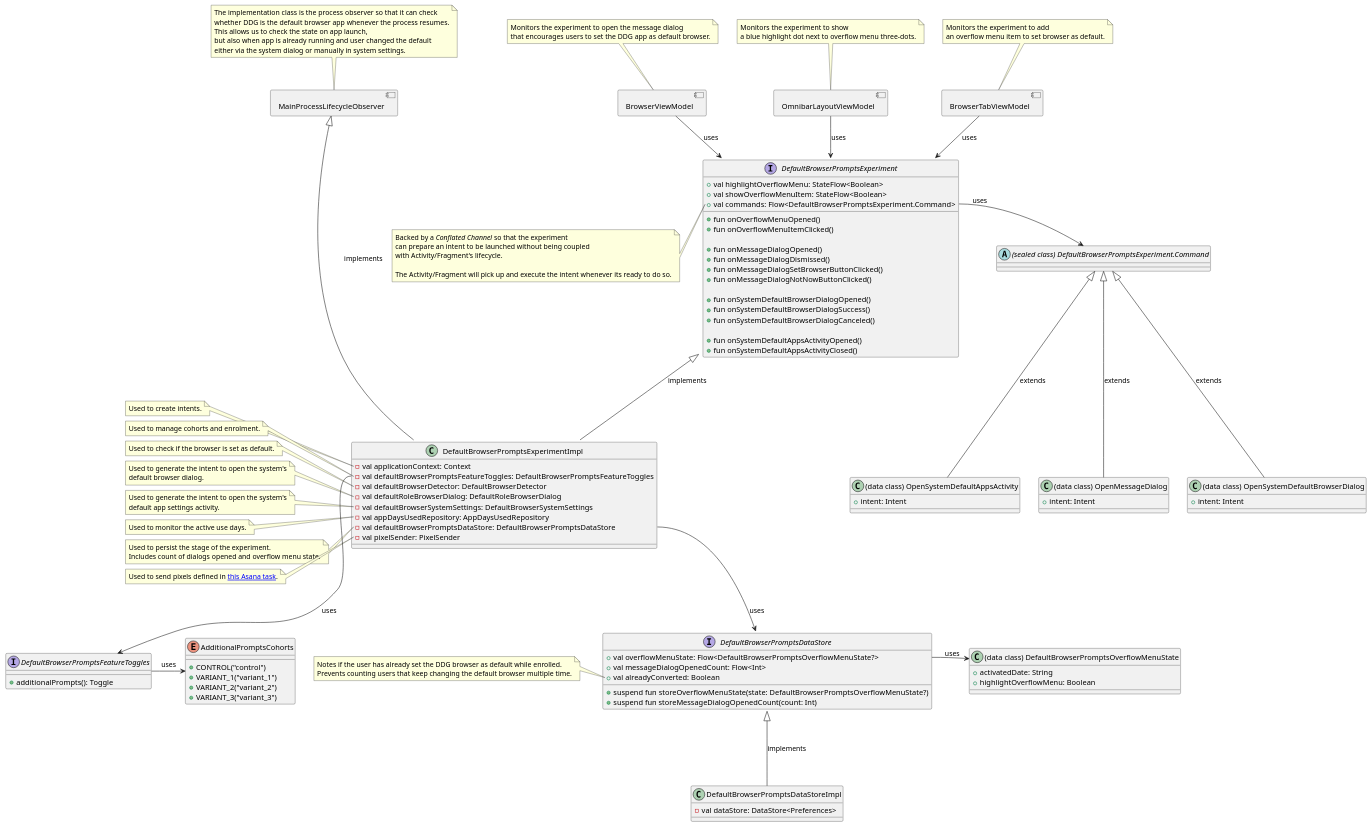
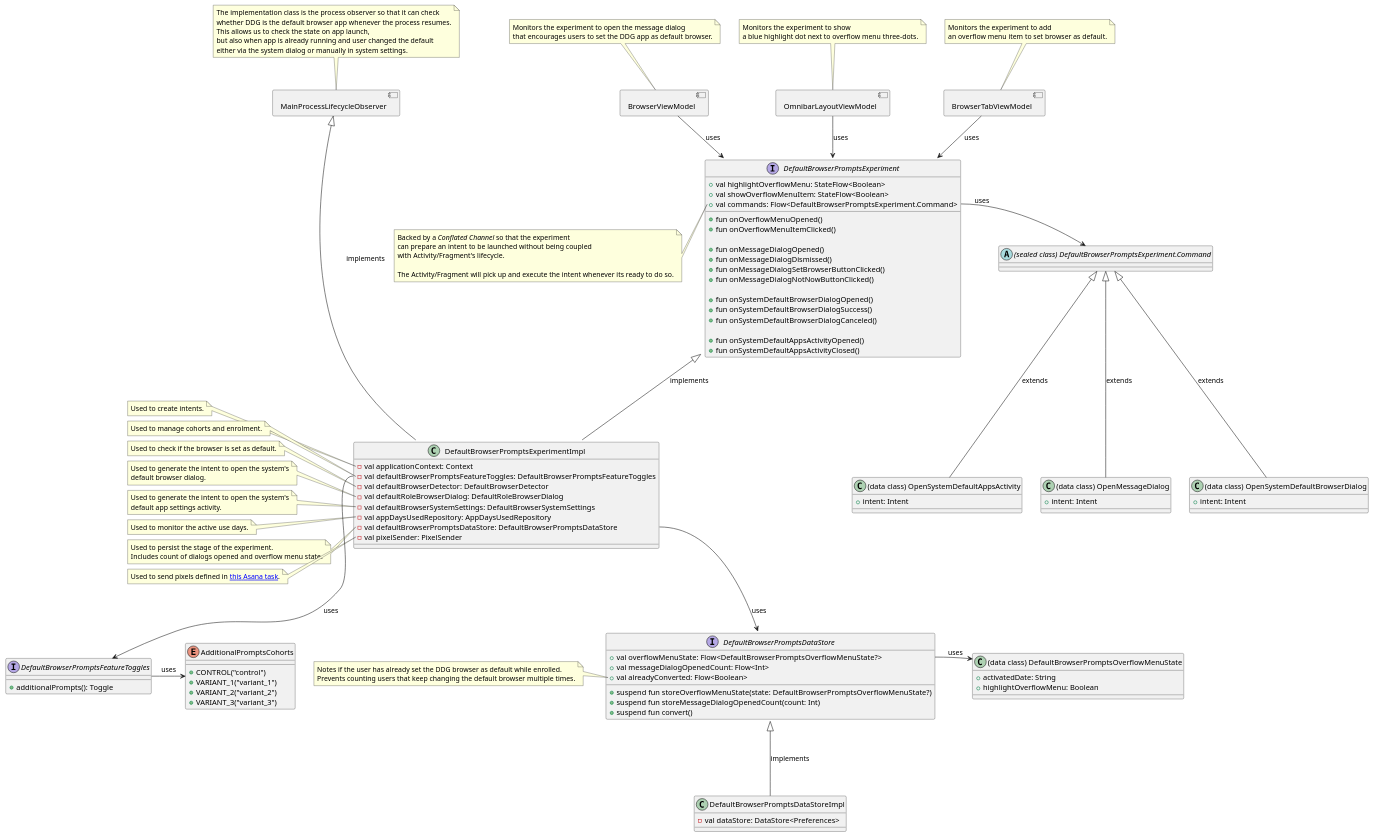
Before and after one commit to duckduckgo/Android: the diagram in app/src/main/java/com/duckduckgo/app/browser/defaultbrowsing/prompts/default_browser_prompts_experiment_class_diagram.puml, drawn with PlantUML. The commit also changed 3 other files, not shown here.

```diff
--- a/app/src/main/java/com/duckduckgo/app/browser/defaultbrowsing/prompts/default_browser_prompts_experiment_class_diagram.puml
+++ b/app/src/main/java/com/duckduckgo/app/browser/defaultbrowsing/prompts/default_browser_prompts_experiment_class_diagram.puml
@@ -1,177 +1,178 @@
 @startuml
 allowmixing
 
 component MainProcessLifecycleObserver
 note top of MainProcessLifecycleObserver
   The implementation class is the process observer so that it can check
   whether DDG is the default browser app whenever the process resumes.
   This allows us to check the state on app launch,
   but also when app is already running and user changed the default
   either via the system dialog or manually in system settings.
 end note
 
 abstract class DefaultBrowserPromptsExperimentCommand as "(sealed class) DefaultBrowserPromptsExperiment.Command"
 
 class OpenMessageDialog as "(data class) OpenMessageDialog" {
   + intent: Intent
 }
 
 class OpenSystemDefaultBrowserDialog as "(data class) OpenSystemDefaultBrowserDialog" {
   + intent: Intent
 }
 
 class OpenSystemDefaultAppsActivity as "(data class) OpenSystemDefaultAppsActivity" {
   + intent: Intent
 }
 
 DefaultBrowserPromptsExperimentCommand <|-- OpenMessageDialog : extends
 DefaultBrowserPromptsExperimentCommand <|-- OpenSystemDefaultBrowserDialog : extends
 DefaultBrowserPromptsExperimentCommand <|-- OpenSystemDefaultAppsActivity : extends
 
 interface DefaultBrowserPromptsExperiment {
   + val highlightOverflowMenu: StateFlow<Boolean>
   + val showOverflowMenuItem: StateFlow<Boolean>
   + val commands: Flow<DefaultBrowserPromptsExperiment.Command>
 
   + fun onOverflowMenuOpened()
   + fun onOverflowMenuItemClicked()
 
   + fun onMessageDialogOpened()
   + fun onMessageDialogDismissed()
   + fun onMessageDialogSetBrowserButtonClicked()
   + fun onMessageDialogNotNowButtonClicked()
 
   + fun onSystemDefaultBrowserDialogOpened()
   + fun onSystemDefaultBrowserDialogSuccess()
   + fun onSystemDefaultBrowserDialogCanceled()
 
   + fun onSystemDefaultAppsActivityOpened()
   + fun onSystemDefaultAppsActivityClosed()
 }
 
 DefaultBrowserPromptsExperiment::commands -> DefaultBrowserPromptsExperimentCommand : uses
 
 note left of DefaultBrowserPromptsExperiment::commands
   Backed by a //Conflated Channel// so that the experiment
   can prepare an intent to be launched without being coupled
   with Activity/Fragment's lifecycle.
 
   The Activity/Fragment will pick up and execute the intent whenever its ready to do so.
 end note
 
 class DefaultBrowserPromptsOverflowMenuState as "(data class) DefaultBrowserPromptsOverflowMenuState" {
   + activatedDate: String
   + highlightOverflowMenu: Boolean
 }
 
 enum AdditionalPromptsCohorts {
   + CONTROL("control")
   + VARIANT_1("variant_1")
   + VARIANT_2("variant_2")
   + VARIANT_3("variant_3")
 }
 
 interface DefaultBrowserPromptsFeatureToggles {
   + additionalPrompts(): Toggle
 }
 
 DefaultBrowserPromptsFeatureToggles -> AdditionalPromptsCohorts : uses
 
 interface DefaultBrowserPromptsDataStore {
   + val overflowMenuState: Flow<DefaultBrowserPromptsOverflowMenuState?>
   + val messageDialogOpenedCount: Flow<Int>
-  + val alreadyConverted: Boolean
+  + val alreadyConverted: Flow<Boolean>
 
   + suspend fun storeOverflowMenuState(state: DefaultBrowserPromptsOverflowMenuState?)
   + suspend fun storeMessageDialogOpenedCount(count: Int)
+  + suspend fun convert()
 }
 
 note left of DefaultBrowserPromptsDataStore::alreadyConverted
   Notes if the user has already set the DDG browser as default while enrolled.
-  Prevents counting users that keep changing the default browser multiple time.
+  Prevents counting users that keep changing the default browser multiple times.
 end note
 
 DefaultBrowserPromptsDataStore::overflowMenuState -> DefaultBrowserPromptsOverflowMenuState : uses
 
 class DefaultBrowserPromptsDataStoreImpl {
   - val dataStore: DataStore<Preferences>
 }
 
 DefaultBrowserPromptsDataStore <|--- DefaultBrowserPromptsDataStoreImpl : implements
 
 class DefaultBrowserPromptsExperimentImpl {
   - val applicationContext: Context
   - val defaultBrowserPromptsFeatureToggles: DefaultBrowserPromptsFeatureToggles
   - val defaultBrowserDetector: DefaultBrowserDetector
   - val defaultRoleBrowserDialog: DefaultRoleBrowserDialog
   - val defaultBrowserSystemSettings: DefaultBrowserSystemSettings
   - val appDaysUsedRepository: AppDaysUsedRepository
   - val defaultBrowserPromptsDataStore: DefaultBrowserPromptsDataStore
   - val pixelSender: PixelSender
 }
 
 MainProcessLifecycleObserver <|--- DefaultBrowserPromptsExperimentImpl : implements
 
 DefaultBrowserPromptsExperiment <|-- DefaultBrowserPromptsExperimentImpl : implements
 
 DefaultBrowserPromptsExperimentImpl::defaultBrowserPromptsDataStore --> DefaultBrowserPromptsDataStore : uses
 
 DefaultBrowserPromptsExperimentImpl::defaultBrowserPromptsFeatureToggles --> DefaultBrowserPromptsFeatureToggles : uses
 
 note left of DefaultBrowserPromptsExperimentImpl::applicationContext
   Used to create intents.
 end note
 
 note left of DefaultBrowserPromptsExperimentImpl::defaultBrowserPromptsFeatureToggles
   Used to manage cohorts and enrolment.
 end note
 
 note left of DefaultBrowserPromptsExperimentImpl::defaultBrowserDetector
   Used to check if the browser is set as default.
 end note
 
 note left of DefaultBrowserPromptsExperimentImpl::defaultRoleBrowserDialog
   Used to generate the intent to open the system's
   default browser dialog.
 end note
 
 note left of DefaultBrowserPromptsExperimentImpl::defaultBrowserSystemSettings
   Used to generate the intent to open the system's
   default app settings activity.
 end note
 
 note left of DefaultBrowserPromptsExperimentImpl::appDaysUsedRepository
   Used to monitor the active use days.
 end note
 
 note left of DefaultBrowserPromptsExperimentImpl::defaultBrowserPromptsDataStore
   Used to persist the stage of the experiment.
   Includes count of dialogs opened and overflow menu state.
 end note
 
 note left of DefaultBrowserPromptsExperimentImpl::PixelSender
   Used to send pixels defined in [[https://app.asana.com/0/1208671518894266/1208774988133227/f this Asana task]].
 end note
 
 component BrowserViewModel
 BrowserViewModel --> DefaultBrowserPromptsExperiment : uses
 note top of BrowserViewModel
   Monitors the experiment to open the message dialog
   that encourages users to set the DDG app as default browser.
 end note
 
 component OmnibarLayoutViewModel
 OmnibarLayoutViewModel --> DefaultBrowserPromptsExperiment : uses
 note top of OmnibarLayoutViewModel
   Monitors the experiment to show
   a blue highlight dot next to overflow menu three-dots.
 end note
 
 component BrowserTabViewModel
 BrowserTabViewModel --> DefaultBrowserPromptsExperiment : uses
 note top of BrowserTabViewModel
   Monitors the experiment to add
   an overflow menu item to set browser as default.
 end note
 
 @enduml
```
